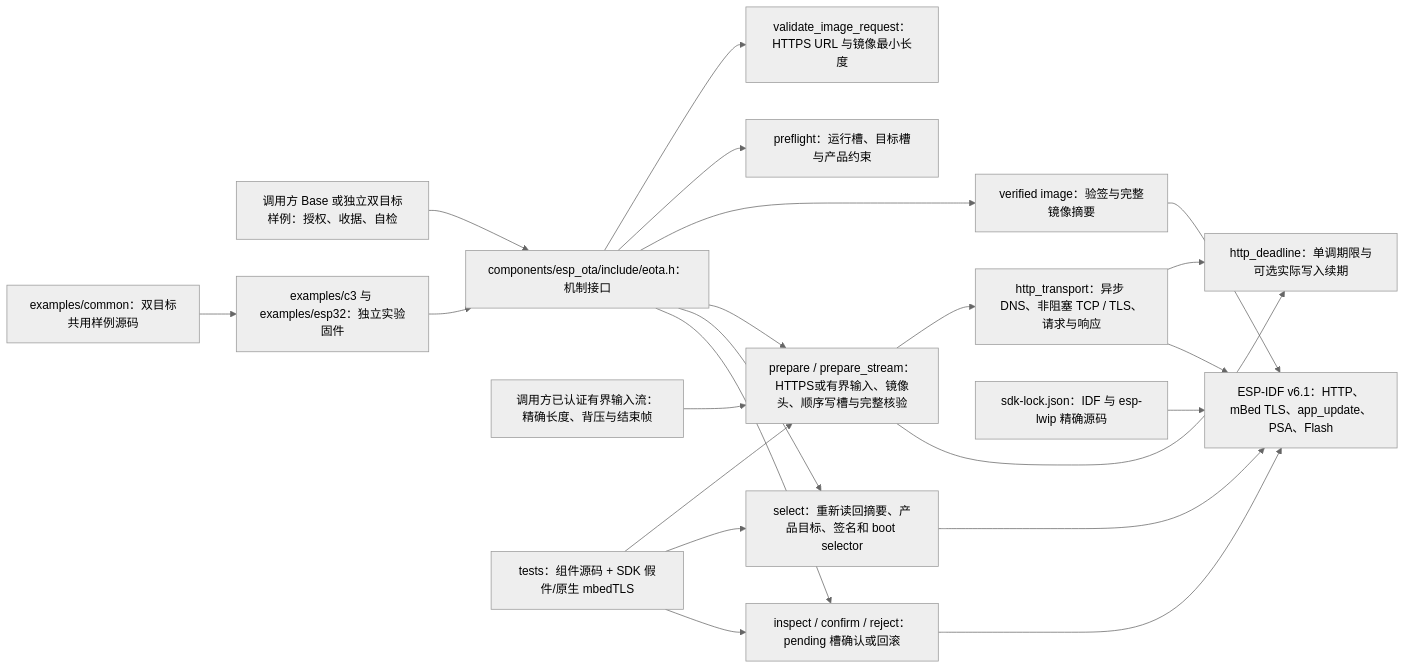
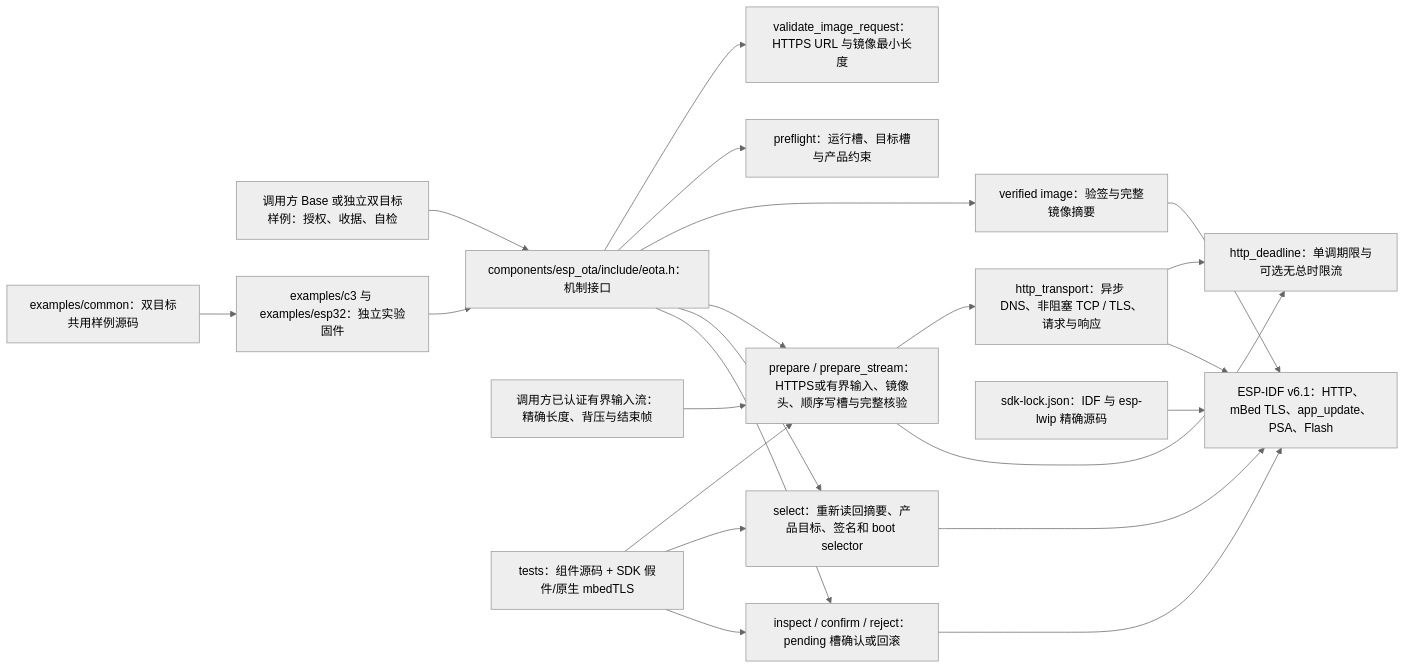
One commit to darren-you/esp-ota changed the diagram in README.md. Above: the diagram before and after it, drawn with Mermaid (neutral theme). The commit also changed other lines of this file and 9 other files, not shown here.

````diff
--- a/README.md
+++ b/README.md
@@ -11,24 +11,24 @@
 ```mermaid
 flowchart LR
     app["调用方 Base 或独立双目标样例：授权、收据、自检"] --> api["components/esp_ota/include/eota.h：机制接口"]
     api --> request["validate_image_request：HTTPS URL 与镜像最小长度"]
     api --> preflight["preflight：运行槽、目标槽与产品约束"]
     api --> identity["verified image：验签与完整镜像摘要"]
     api --> prepare["prepare / prepare_stream：HTTPS或有界输入、镜像头、顺序写槽与完整核验"]
     caller_stream["调用方已认证有界输入流：精确长度、背压与结束帧"] --> prepare
     api --> select["select：重新读回摘要、产品目标、签名和 boot selector"]
     api --> confirm["inspect / confirm / reject：pending 槽确认或回滚"]
     prepare --> transport["http_transport：异步 DNS、非阻塞 TCP / TLS、请求与响应"]
     prepare --> deadline
-    transport --> deadline["http_deadline：单调期限与可选实际写入续期"]
+    transport --> deadline["http_deadline：单调期限与可选无总时限流"]
     transport --> sdk["ESP-IDF v6.1：HTTP、mBed TLS、app_update、PSA、Flash"]
     identity --> sdk
     select --> sdk
     confirm --> sdk
     lock["sdk-lock.json：IDF 与 esp-lwip 精确源码"] --> sdk
     host["tests：组件源码 + SDK 假件/原生 mbedTLS"] --> prepare
     host --> select
     host --> confirm
     shared["examples/common：双目标共用样例源码"] --> sample["examples/c3 与 examples/esp32：独立实验固件"]
     sample --> api
 ```
````
